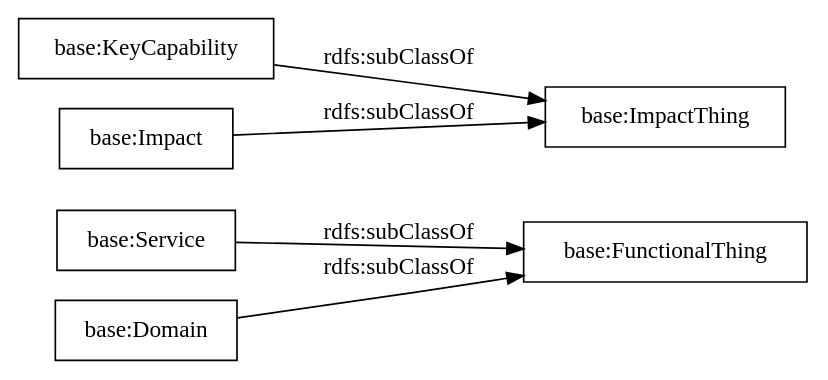
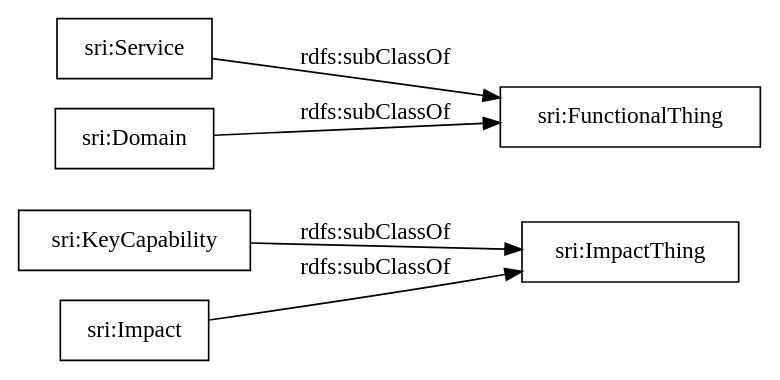
Before and after one commit to stefanbischof/sri: the diagram in OnToology/sri.ttl/diagrams/ar2dtool-taxonomy/sri.ttl.png.dot, drawn with Graphviz. The commit also changed 23 other files, not shown here.

```diff
--- a/OnToology/sri.ttl/diagrams/ar2dtool-taxonomy/sri.ttl.png.dot
+++ b/OnToology/sri.ttl/diagrams/ar2dtool-taxonomy/sri.ttl.png.dot
@@ -1,10 +1,10 @@
 digraph ar2dtool_diagram { 
 rankdir=LR;
 size="1000"
-node [shape = rectangle, color="black"]; "base:Service" "base:FunctionalThing" "base:KeyCapability" "base:ImpactThing" "base:Domain" "base:Impact" ; /*classes style*/
-	"base:Impact" -> "base:ImpactThing" [ label = "rdfs:subClassOf" ];
-	"base:KeyCapability" -> "base:ImpactThing" [ label = "rdfs:subClassOf" ];
-	"base:Domain" -> "base:FunctionalThing" [ label = "rdfs:subClassOf" ];
-	"base:Service" -> "base:FunctionalThing" [ label = "rdfs:subClassOf" ];
+node [shape = rectangle, color="black"]; "sri:KeyCapability" "sri:Service" "sri:Impact" "sri:Domain" "sri:ImpactThing" "sri:FunctionalThing" ; /*classes style*/
+	"sri:Impact" -> "sri:ImpactThing" [ label = "rdfs:subClassOf" ];
+	"sri:KeyCapability" -> "sri:ImpactThing" [ label = "rdfs:subClassOf" ];
+	"sri:Service" -> "sri:FunctionalThing" [ label = "rdfs:subClassOf" ];
+	"sri:Domain" -> "sri:FunctionalThing" [ label = "rdfs:subClassOf" ];
 
 }
```
